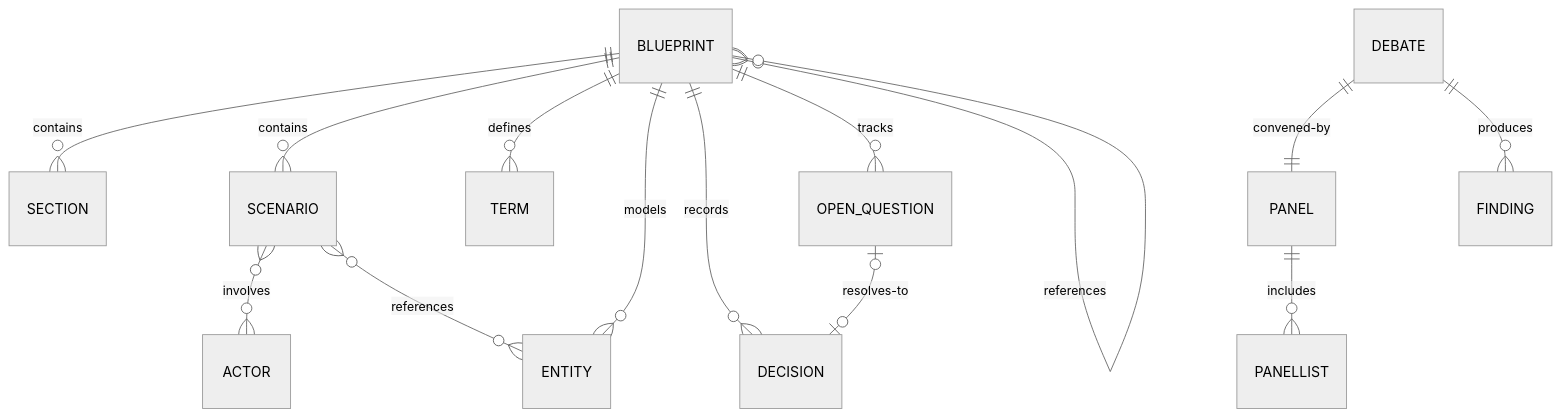
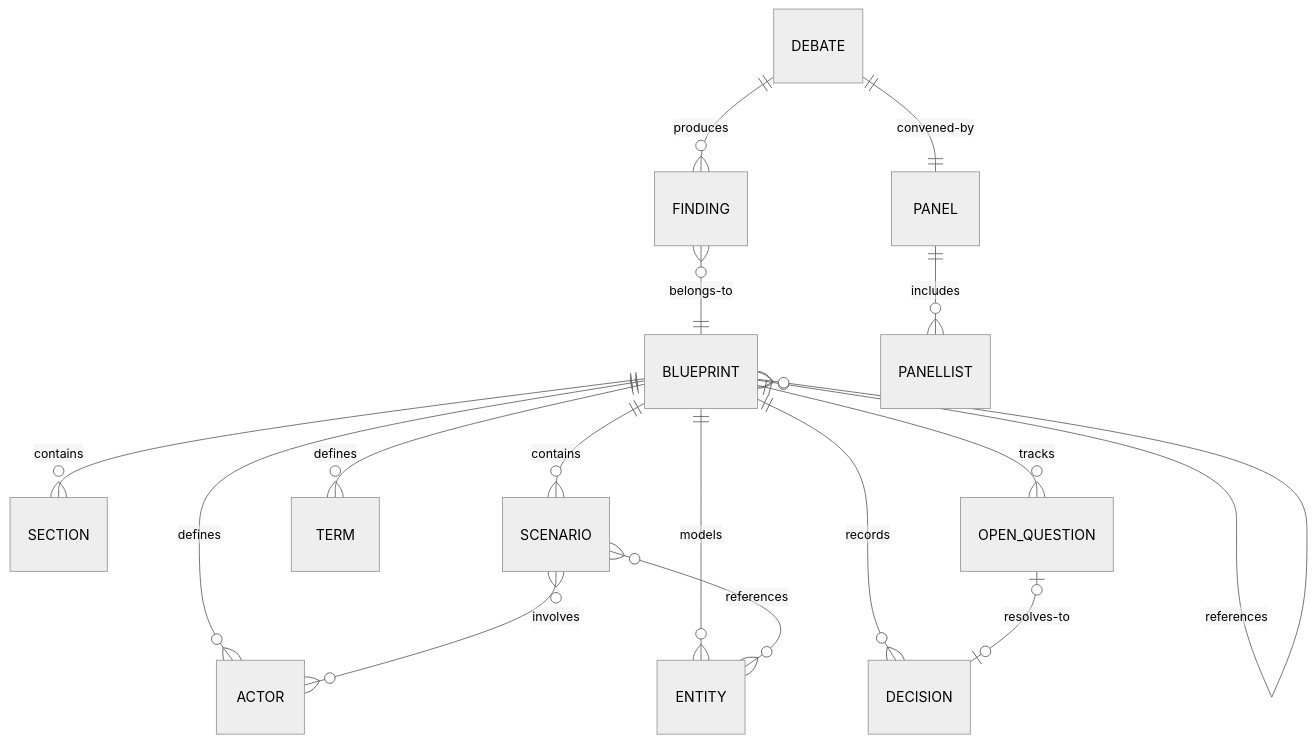
The fourth of 4 diagrams in blueprint-skill.blueprint/domain-model.md (wrteam-jay/blueprint), drawn with Mermaid (neutral theme) before and after one commit. The commit also changed other lines of this file and 9 other files, not shown here.

````diff
--- a/blueprint-skill.blueprint/domain-model.md
+++ b/blueprint-skill.blueprint/domain-model.md
@@ -210,16 +256,18 @@
 ```mermaid
 erDiagram
     BLUEPRINT ||--o{ SECTION : contains
     BLUEPRINT ||--o{ SCENARIO : contains
     BLUEPRINT ||--o{ TERM : defines
     BLUEPRINT ||--o{ ENTITY : models
     BLUEPRINT ||--o{ DECISION : records
     BLUEPRINT ||--o{ OPEN_QUESTION : tracks
+    BLUEPRINT ||--o{ ACTOR : defines
     BLUEPRINT }o--o{ BLUEPRINT : references
     SCENARIO }o--o{ ACTOR : involves
     SCENARIO }o--o{ ENTITY : references
     PANEL ||--o{ PANELLIST : includes
     DEBATE ||--|| PANEL : convened-by
     DEBATE ||--o{ FINDING : produces
+    FINDING }o--|| BLUEPRINT : belongs-to
     OPEN_QUESTION |o--o| DECISION : resolves-to
 ```
````
